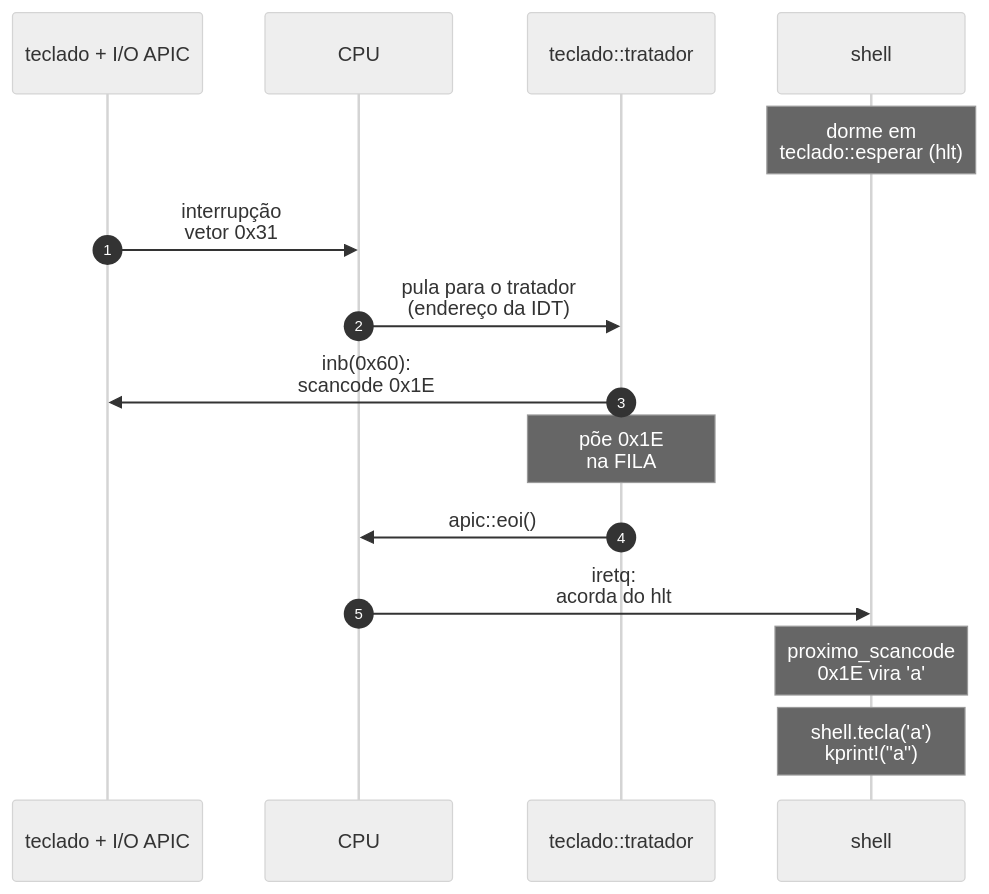
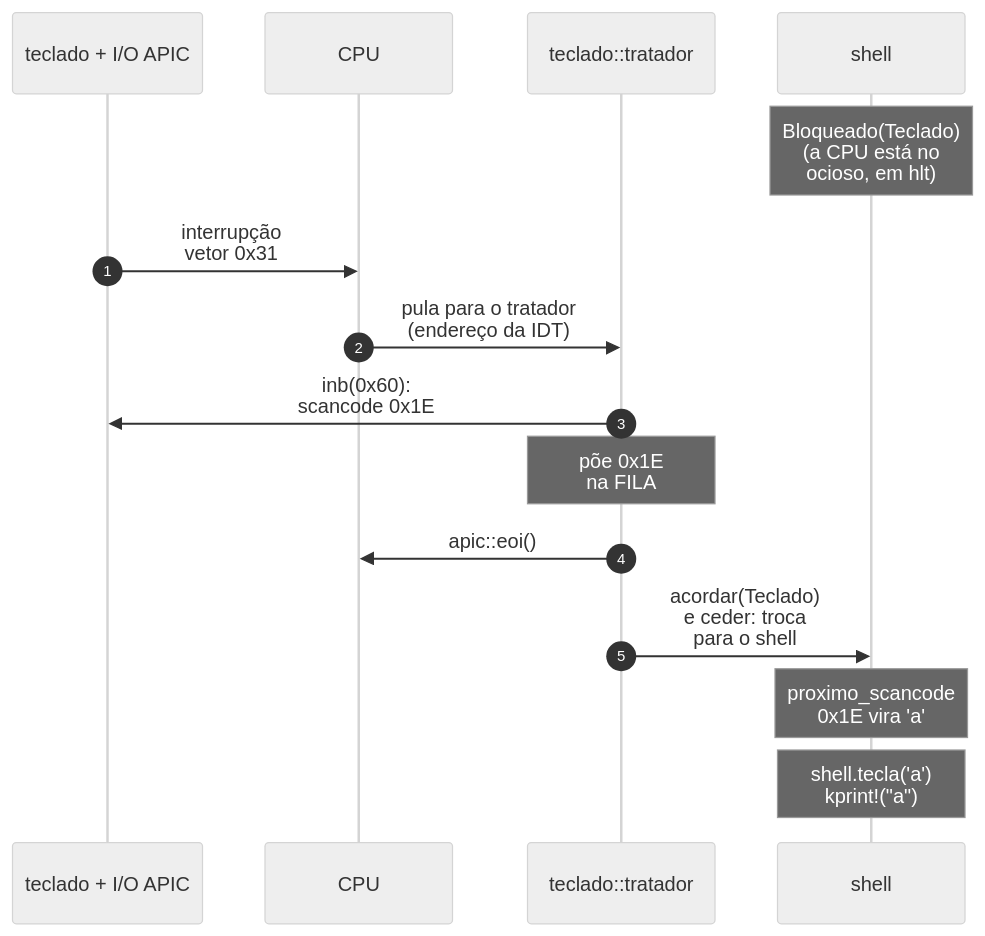
One commit to moises-dev-git/siliconOS changed the fourth of 8 diagrams in docs/mapa.md. Above: the diagram before and after it, drawn with Mermaid (neutral theme). The commit also changed other lines of this file and 30 other files, not shown here.

````diff
--- a/docs/mapa.md
+++ b/docs/mapa.md
@@ -210,18 +210,18 @@
 ```mermaid
 sequenceDiagram
     autonumber
     participant T as teclado + I/O APIC
     participant CPU
     participant TR as teclado::tratador
     participant SH as shell
 
-    Note over SH: dorme em<br/>teclado::esperar (hlt)
+    Note over SH: Bloqueado(Teclado)<br/>(a CPU está no<br/>ocioso, em hlt)
     T->>CPU: interrupção<br/>vetor 0x31
     CPU->>TR: pula para o tratador<br/>(endereço da IDT)
     TR->>T: inb(0x60):<br/>scancode 0x1E
     Note over TR: põe 0x1E<br/>na FILA
     TR->>CPU: apic::eoi()
-    CPU->>SH: iretq:<br/>acorda do hlt
+    TR->>SH: acordar(Teclado)<br/>e ceder: troca<br/>para o shell
     Note over SH: proximo_scancode<br/>0x1E vira 'a'
     Note over SH: shell.tecla('a')<br/>kprint!("a")
 ```
````
